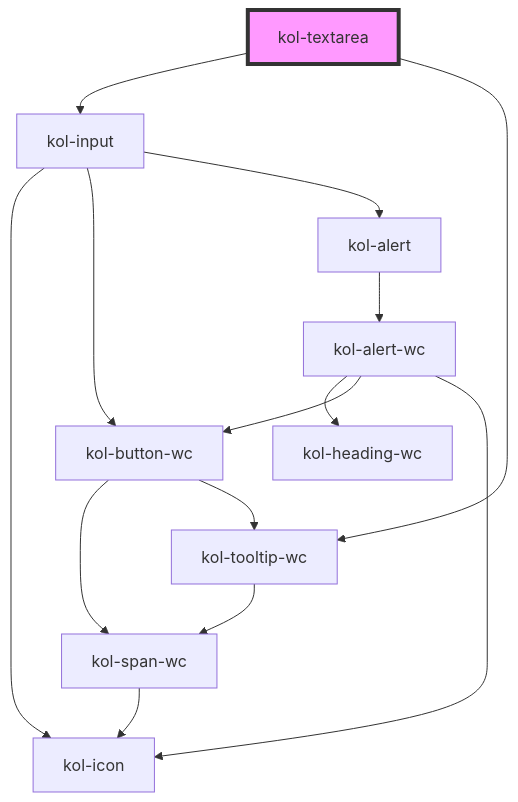
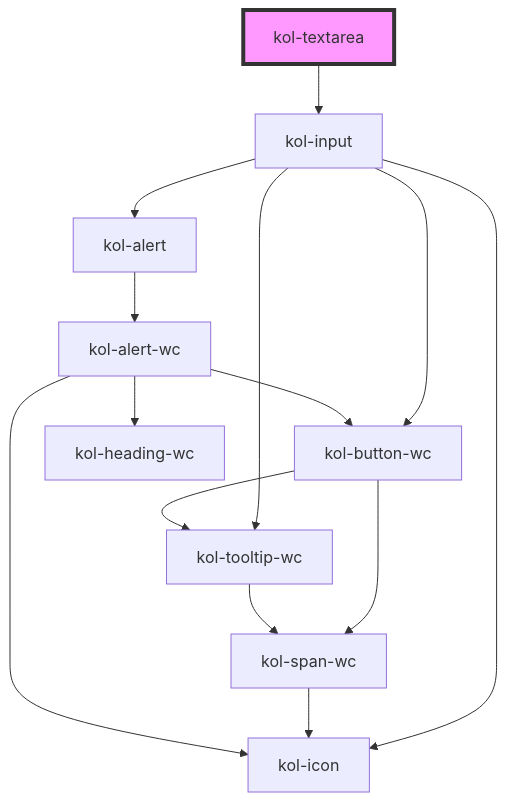
The diagram in packages/components/src/components/textarea/readme.md (public-ui/kolibri), drawn with Mermaid before and after one commit. The commit also changed other lines of this file and 69 other files, not shown here.

Commit message:
refactor: input tooltip samples

````diff
--- a/packages/components/src/components/textarea/readme.md
+++ b/packages/components/src/components/textarea/readme.md
@@ -96,17 +95,17 @@
 ```mermaid
 graph TD;
   kol-textarea --> kol-input
-  kol-textarea --> kol-tooltip-wc
   kol-input --> kol-icon
   kol-input --> kol-button-wc
+  kol-input --> kol-tooltip-wc
   kol-input --> kol-alert
   kol-button-wc --> kol-span-wc
   kol-button-wc --> kol-tooltip-wc
   kol-span-wc --> kol-icon
   kol-tooltip-wc --> kol-span-wc
   kol-alert --> kol-alert-wc
   kol-alert-wc --> kol-heading-wc
   kol-alert-wc --> kol-button-wc
   kol-alert-wc --> kol-icon
   style kol-textarea fill:#f9f,stroke:#333,stroke-width:4px
 ```
````
